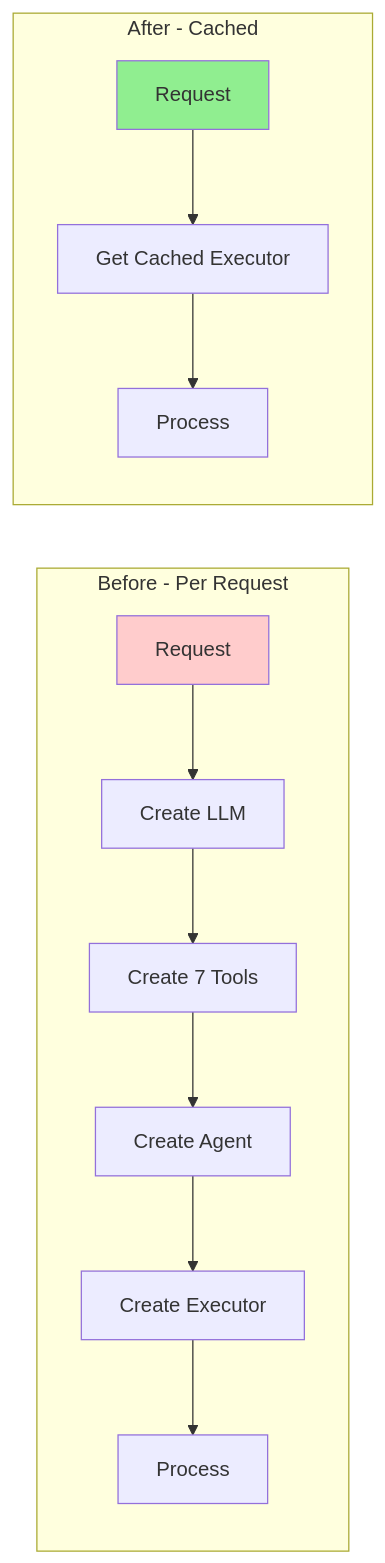
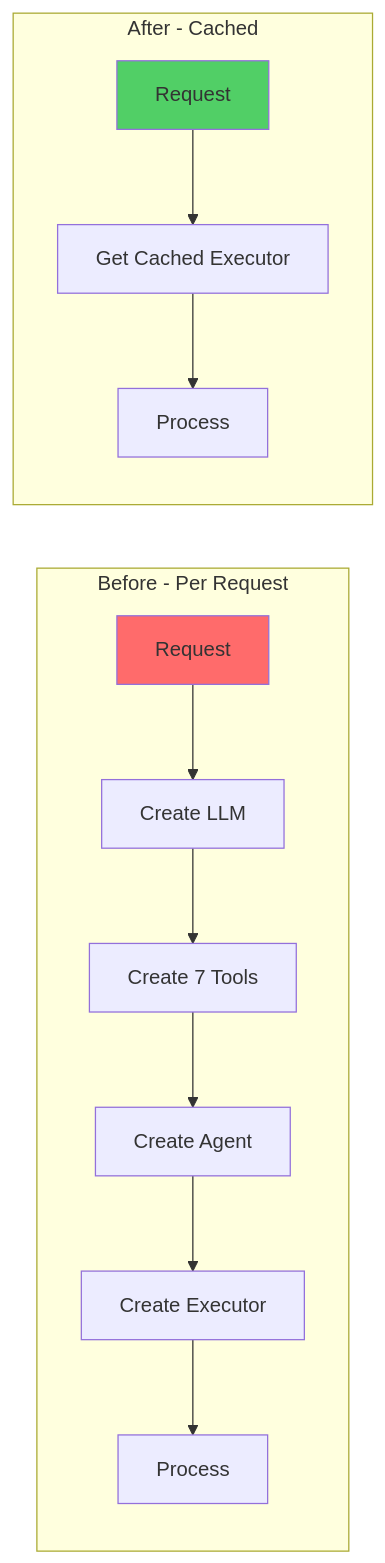
Before and after one commit to manumishra-zm/execution_plan: diagram 11 of 21 in latency_fix_plan/latency.md, drawn with Mermaid. The commit also changed other lines of this file, not shown here.

````diff
--- a/latency_fix_plan/latency.md
+++ b/latency_fix_plan/latency.md
@@ -701,18 +701,18 @@
 ```mermaid
 graph LR
     subgraph "Before - Per Request"
         Req1[Request] --> LLM1[Create LLM]
         LLM1 --> Tools1[Create 7 Tools]
         Tools1 --> Agent1[Create Agent]
         Agent1 --> Exec1[Create Executor]
         Exec1 --> Process1[Process]
     end
 
     subgraph "After - Cached"
         Req2[Request] --> Cache[Get Cached Executor]
         Cache --> Process2[Process]
     end
 
-    style Req1 fill:#ffcccc
-    style Req2 fill:#90EE90
+    style Req1 fill:#ff6b6b
+    style Req2 fill:#51cf66
 ```
````
